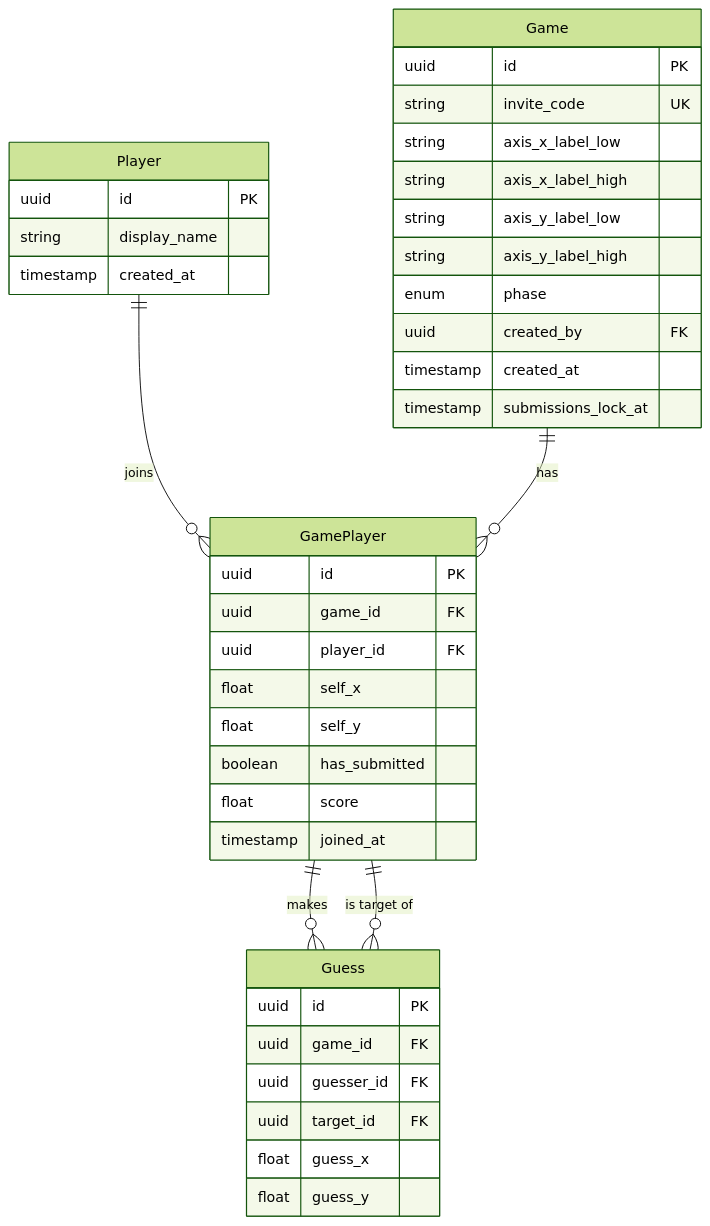
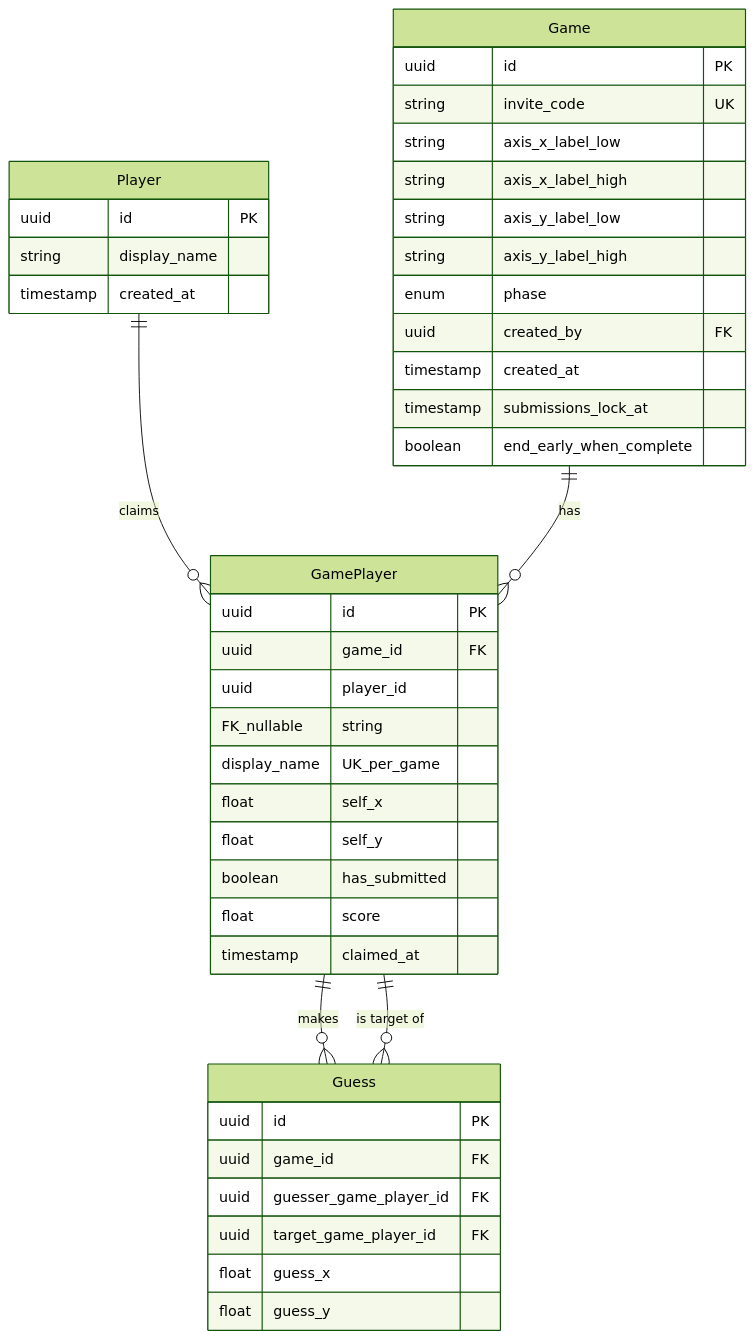
Before and after one commit to DubiousLlama/friend-place-treehacks: the second of 3 diagrams in .cursor/plans/friend_place_game_plan_fd997aac.plan.md, drawn with Mermaid (forest theme). The commit also changed other lines of this file and 3 other files, not shown here.

Commit message:
Updates to game schema

````diff
--- a/.cursor/plans/friend_place_game_plan_fd997aac.plan.md
+++ b/.cursor/plans/friend_place_game_plan_fd997aac.plan.md
@@ -79,42 +102,44 @@
 ```mermaid
 erDiagram
     Player {
         uuid id PK
         string display_name
         timestamp created_at
     }
     Game {
         uuid id PK
         string invite_code UK
         string axis_x_label_low
         string axis_x_label_high
         string axis_y_label_low
         string axis_y_label_high
         enum phase
         uuid created_by FK
         timestamp created_at
         timestamp submissions_lock_at
+        boolean end_early_when_complete
     }
     GamePlayer {
         uuid id PK
         uuid game_id FK
-        uuid player_id FK
+        uuid player_id FK_nullable
+        string display_name UK_per_game
         float self_x
         float self_y
         boolean has_submitted
         float score
-        timestamp joined_at
+        timestamp claimed_at
     }
     Guess {
         uuid id PK
         uuid game_id FK
-        uuid guesser_id FK
-        uuid target_id FK
+        uuid guesser_game_player_id FK
+        uuid target_game_player_id FK
         float guess_x
         float guess_y
     }
-    Player ||--o{ GamePlayer : joins
+    Player ||--o{ GamePlayer : claims
     Game ||--o{ GamePlayer : has
     GamePlayer ||--o{ Guess : makes
     GamePlayer ||--o{ Guess : "is target of"
 ```
````
